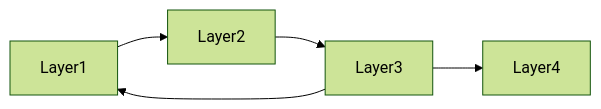
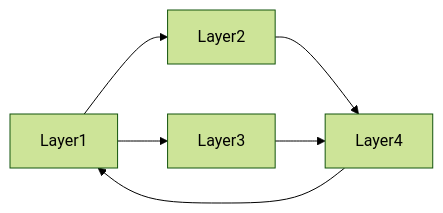
Before and after one commit to LemonAppDev/konsist: the diagram in lib/src/apiTest/kotlin/com/lemonappdev/konsist/architecture/dependencyrules/circulardependency4/README.md, drawn with Mermaid. The commit also changed 7 other files, not shown here.

````diff
--- a/lib/src/apiTest/kotlin/com/lemonappdev/konsist/architecture/dependencyrules/circulardependency4/README.md
+++ b/lib/src/apiTest/kotlin/com/lemonappdev/konsist/architecture/dependencyrules/circulardependency4/README.md
@@ -5,7 +5,8 @@
 ```mermaid
 %%{init: {'theme': 'forest'}}%%
 flowchart LR
-    Layer1 --> Layer2 
-    Layer2 --> Layer3
-    Layer3 --> Layer1 & Layer4
+    Layer1 --> Layer2 & Layer3
+    Layer2 --> Layer4
+    Layer3 --> Layer4
+    Layer4 --> Layer1
 ```
````
